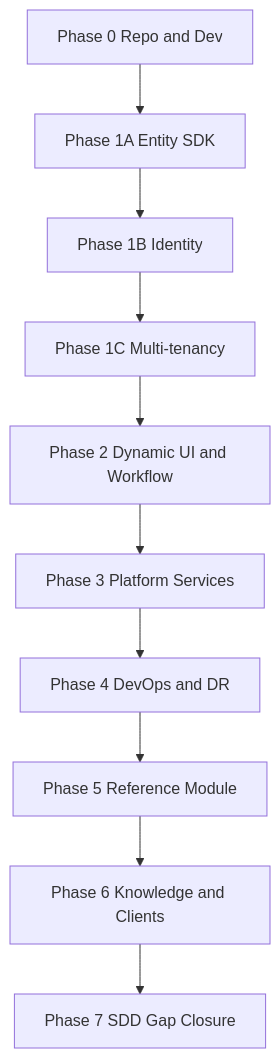
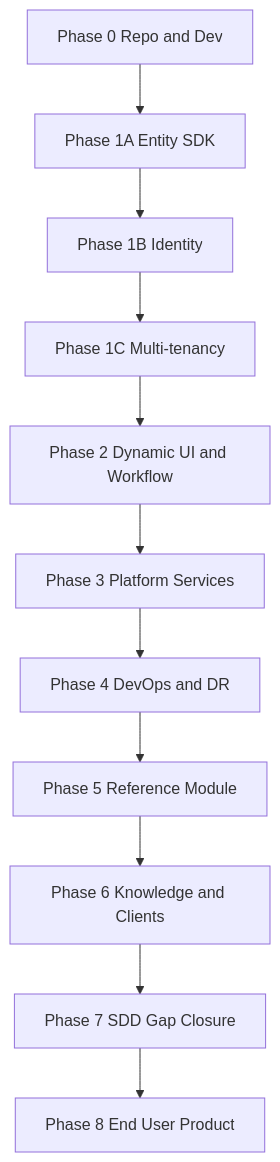
One commit to shalin-rahman/SDD changed the diagram in plan/02-implementation-plan.md. Above: the diagram before and after it, drawn with Mermaid. The commit also changed other lines of this file and 67 other files, not shown here.

````diff
--- a/plan/02-implementation-plan.md
+++ b/plan/02-implementation-plan.md
@@ -171,23 +179,25 @@
 ```mermaid
 flowchart TD
     P0[Phase 0 Repo and Dev]
     P1A[Phase 1A Entity SDK]
     P1B[Phase 1B Identity]
     P1C[Phase 1C Multi-tenancy]
     P2[Phase 2 Dynamic UI and Workflow]
     P3[Phase 3 Platform Services]
     P4[Phase 4 DevOps and DR]
     P5[Phase 5 Reference Module]
     P6[Phase 6 Knowledge and Clients]
     P7[Phase 7 SDD Gap Closure]
+    P8[Phase 8 End User Product]
 
     P0 --> P1A
     P1A --> P1B
     P1B --> P1C
     P1C --> P2
     P2 --> P3
     P3 --> P4
     P4 --> P5
     P5 --> P6
     P6 --> P7
+    P7 --> P8
 ```
````
